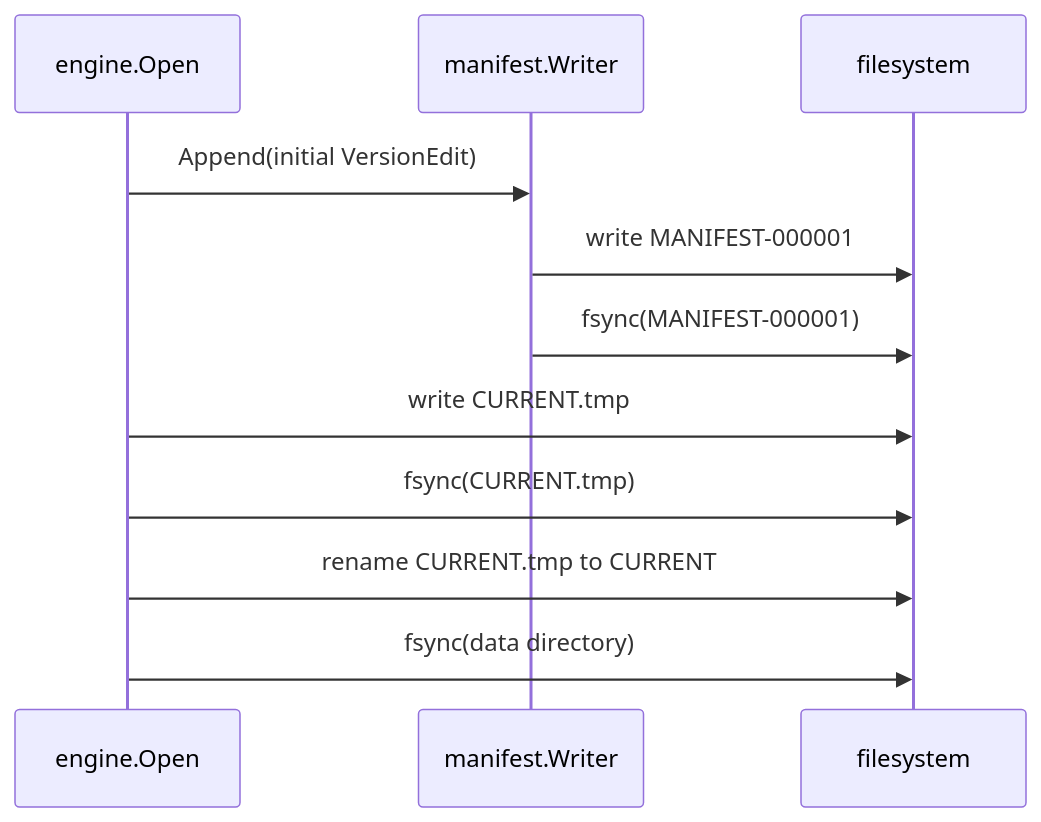
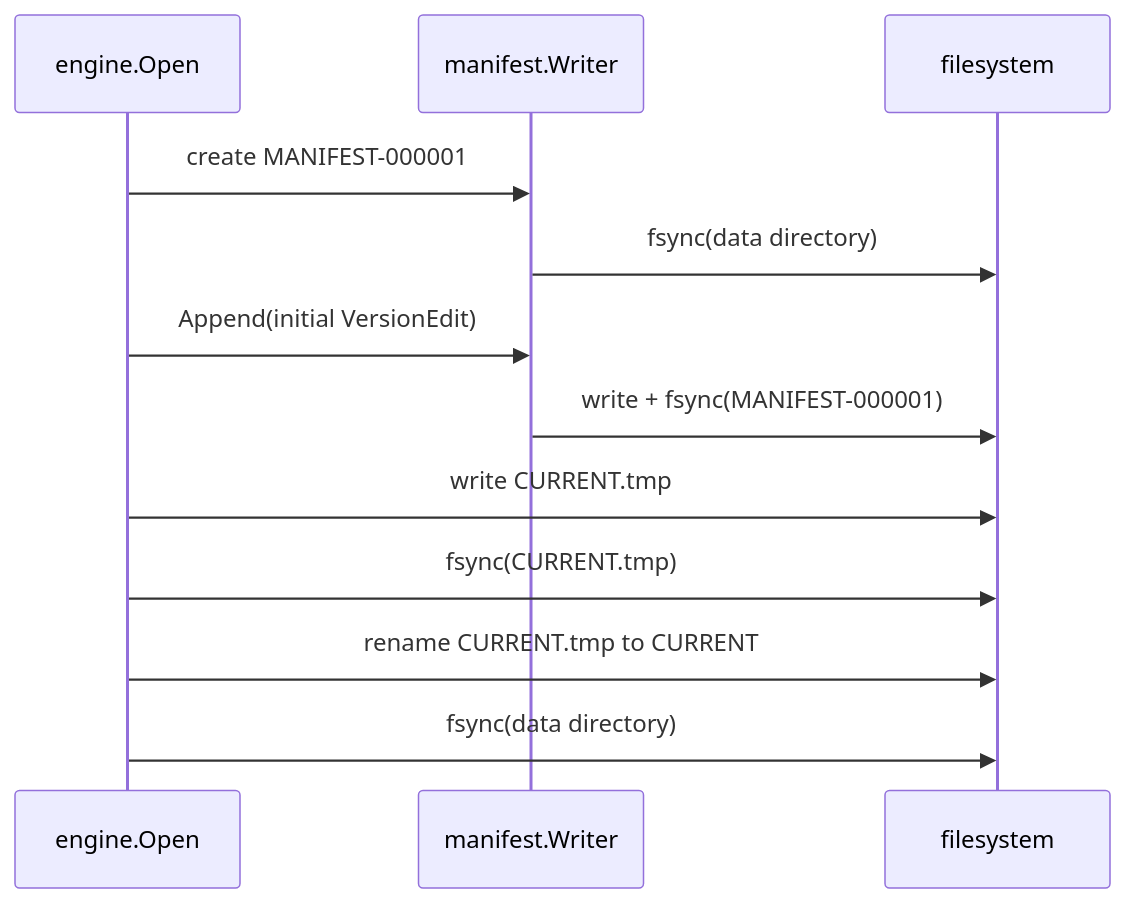
Before and after one commit to aalhour/aalhour.github.io: the sixth of 6 diagrams in _drafts/2026-05-24-beachdb-manifest-v1.md, drawn with Mermaid. The commit also changed other lines of this file, not shown here.

````diff
--- a/_drafts/2026-05-24-beachdb-manifest-v1.md
+++ b/_drafts/2026-05-24-beachdb-manifest-v1.md
@@ -285,14 +305,15 @@
 ```mermaid
 sequenceDiagram
   participant DB as engine.Open
   participant MW as manifest.Writer
   participant FS as filesystem
 
+  DB->>MW: create MANIFEST-000001
+  MW->>FS: fsync(data directory)
   DB->>MW: Append(initial VersionEdit)
-  MW->>FS: write MANIFEST-000001
-  MW->>FS: fsync(MANIFEST-000001)
+  MW->>FS: write + fsync(MANIFEST-000001)
   DB->>FS: write CURRENT.tmp
   DB->>FS: fsync(CURRENT.tmp)
   DB->>FS: rename CURRENT.tmp to CURRENT
   DB->>FS: fsync(data directory)
 ```
````
